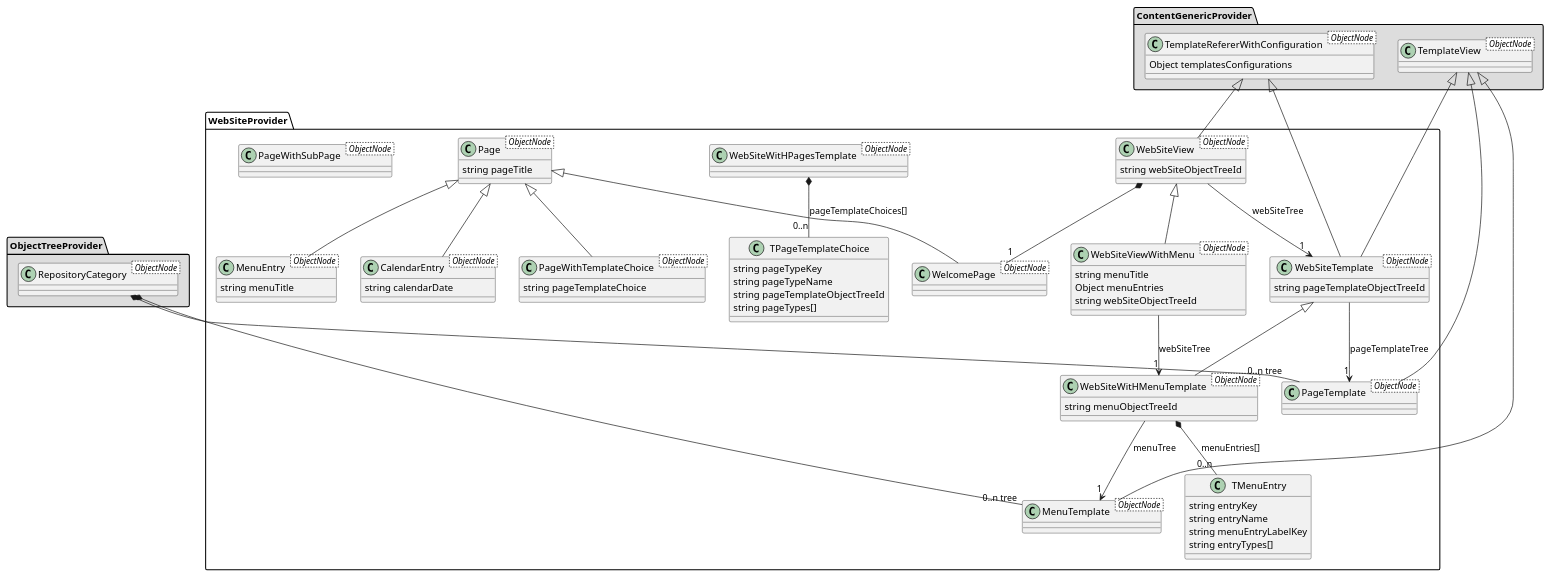
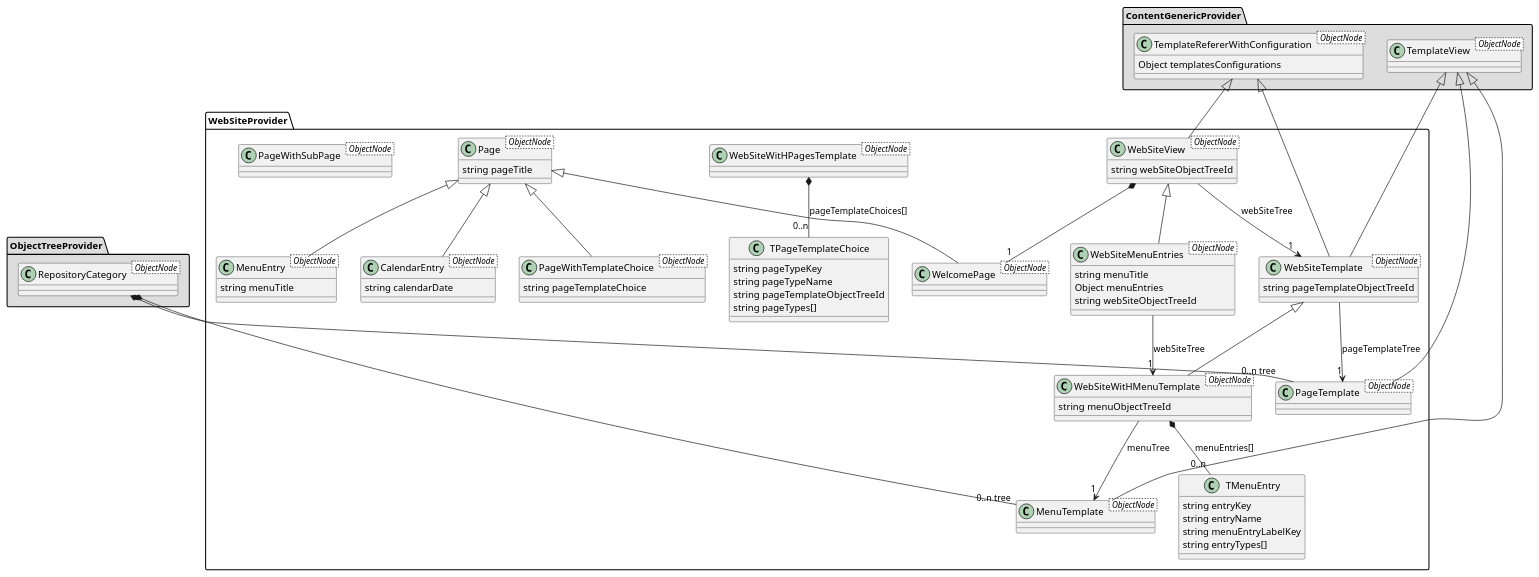
One commit to JacquesParis/objects-trees changed the diagram in src/extensions/web-site/we-site.wsd. Above: the diagram before and after it, drawn with PlantUML. The commit also changed 23 other files, not shown here.

```diff
--- a/src/extensions/web-site/we-site.wsd
+++ b/src/extensions/web-site/we-site.wsd
@@ -1,101 +1,101 @@
 @startuml
 package "ObjectTreeProvider" #DDDDDD {
   class RepositoryCategory < ObjectNode >
 }
 
 package "ContentGenericProvider" #DDDDDD {
   class TemplateRefererWithConfiguration < ObjectNode >{
     Object templatesConfigurations
   }
   class TemplateView < ObjectNode >
 }
 
 package WebSiteProvider{
   TemplateRefererWithConfiguration <|-- WebSiteView
   class WebSiteView < ObjectNode >{
     string webSiteObjectTreeId
   }
   WebSiteView -->"1" WebSiteTemplate: webSiteTree
 
-  WebSiteView <|-- WebSiteViewWithMenu
-  class WebSiteViewWithMenu < ObjectNode >{
+  WebSiteView <|-- WebSiteMenuEntries
+  class WebSiteMenuEntries < ObjectNode >{
     string menuTitle
     Object menuEntries
     string webSiteObjectTreeId
   }
-  WebSiteViewWithMenu -->"1" WebSiteWitHMenuTemplate: webSiteTree
+  WebSiteMenuEntries -->"1" WebSiteWitHMenuTemplate: webSiteTree
 
 
   TemplateView <|-- PageTemplate
   class PageTemplate  < ObjectNode >
 
   TemplateView <|-- WebSiteTemplate
   TemplateRefererWithConfiguration <|-- WebSiteTemplate
   class WebSiteTemplate < ObjectNode >{
     string pageTemplateObjectTreeId
   }
   WebSiteTemplate -->"1" PageTemplate: pageTemplateTree
 
   TemplateView <|-- MenuTemplate
   class MenuTemplate < ObjectNode >
 
   class WebSiteWitHPagesTemplate < ObjectNode >
 
   WebSiteWitHPagesTemplate  *--"0..n" TPageTemplateChoice: pageTemplateChoices[]
 
   class TPageTemplateChoice {
     string pageTypeKey
     string pageTypeName
     string pageTemplateObjectTreeId
     string pageTypes[]
   }
 
 
   WebSiteTemplate <|-- WebSiteWitHMenuTemplate
   class WebSiteWitHMenuTemplate< ObjectNode > {
     string menuObjectTreeId
   }
 
   WebSiteWitHMenuTemplate-->"1" MenuTemplate: menuTree
 
   WebSiteWitHMenuTemplate*--"0..n" TMenuEntry: menuEntries[]
 
   class TMenuEntry {
     string entryKey
     string entryName
     string menuEntryLabelKey
     string entryTypes[]
   }
 
   class Page < ObjectNode > {
     string pageTitle
   }
 
   class PageWithSubPage < ObjectNode >
 
   Page <|-- WelcomePage
   class WelcomePage < ObjectNode >
 
   Page <|-- PageWithTemplateChoice
   class PageWithTemplateChoice < ObjectNode > {
     string pageTemplateChoice
   }
 
 
   Page <|-- MenuEntry
   class MenuEntry  < ObjectNode > {
     string menuTitle
   }
 
 
   Page <|-- CalendarEntry
   class CalendarEntry < ObjectNode > {
     string calendarDate
   }
 
   RepositoryCategory *--"0..n tree" MenuTemplate
   RepositoryCategory *--"0..n tree" PageTemplate
   WebSiteView *--"1" WelcomePage
 
 }
 @enduml
```
